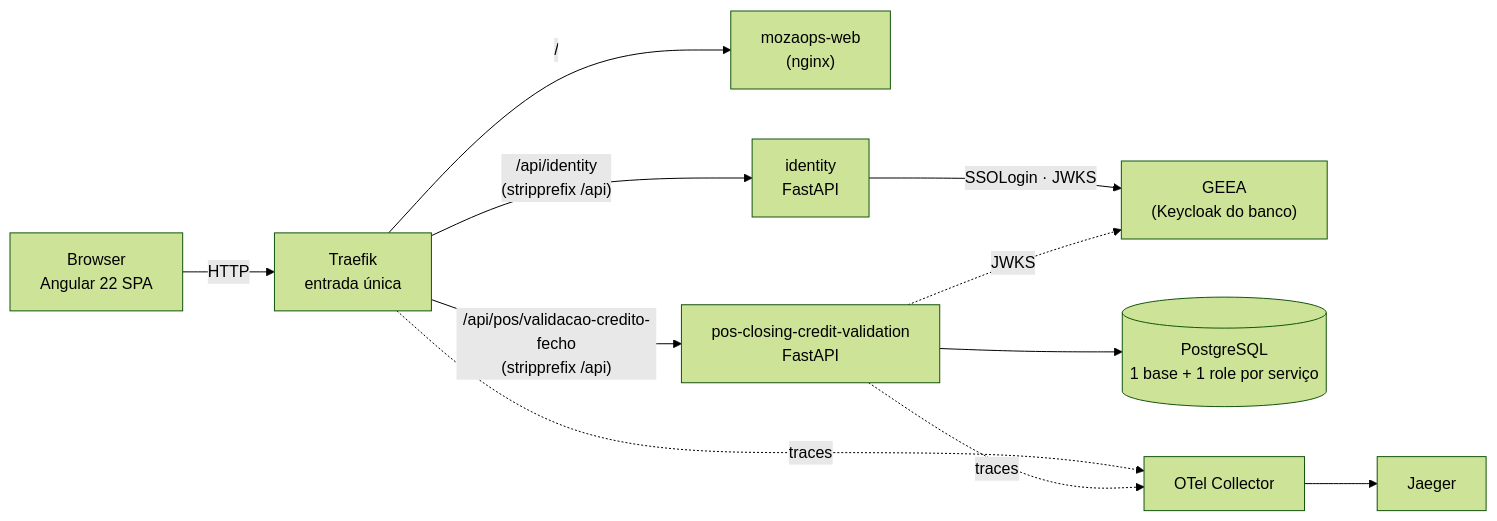
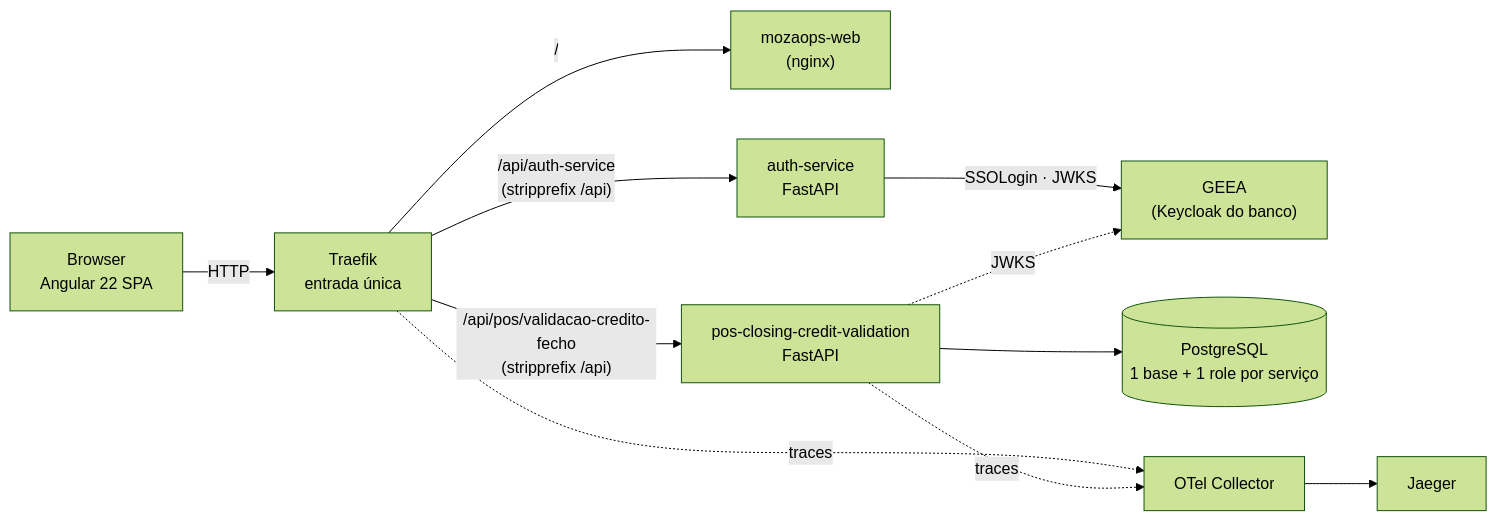
The first of 2 diagrams in ARCHITECTURE.md (DaltonChivambo/ops), drawn with Mermaid (forest theme) before and after one commit. The commit also changed other lines of this file and 49 other files, not shown here.

First line of the commit message:
refactor: o serviço `identity` passa a `auth-service`

````diff
--- a/ARCHITECTURE.md
+++ b/ARCHITECTURE.md
@@ -18,17 +18,17 @@
 ```mermaid
 flowchart LR
     B["Browser<br/>Angular 22 SPA"] -- "HTTP" --> TR["Traefik<br/>entrada única"]
 
     TR -- "/" --> FE["mozaops-web<br/>(nginx)"]
     TR -- "/api/pos/validacao-credito-fecho<br/>(stripprefix /api)" --> CR["pos-closing-credit-validation<br/>FastAPI"]
-    TR -- "/api/identity<br/>(stripprefix /api)" --> ID["identity<br/>FastAPI"]
+    TR -- "/api/auth-service<br/>(stripprefix /api)" --> ID["auth-service<br/>FastAPI"]
 
     ID -- "SSOLogin · JWKS" --> GE["GEEA<br/>(Keycloak do banco)"]
     CR -. "JWKS" .-> GE
 
     CR --> PG[("PostgreSQL<br/>1 base + 1 role por serviço")]
 
     TR -. "traces" .-> OT["OTel Collector"]
     CR -. "traces" .-> OT
     OT --> JG["Jaeger"]
 ```
````
